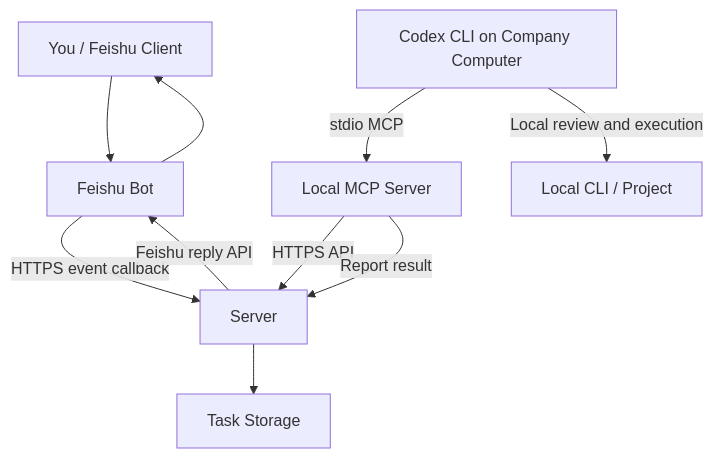
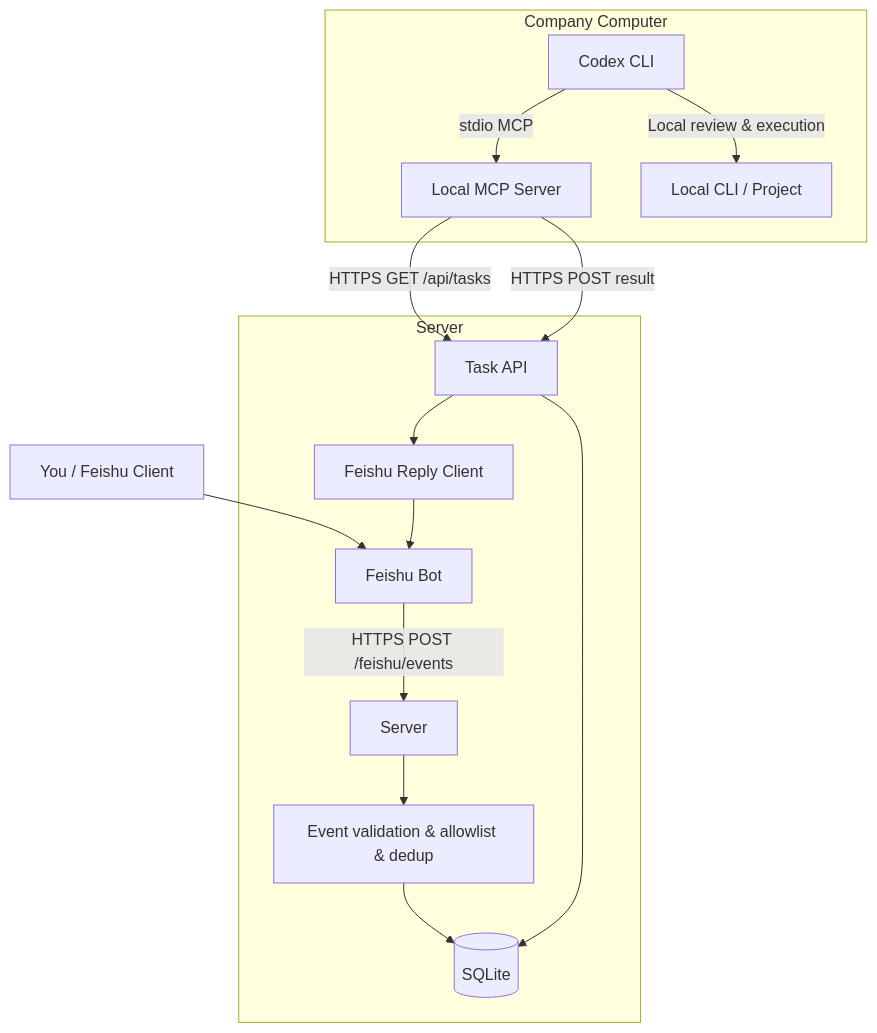
The second of 2 diagrams in README.md (Bigheadh/harness-remote), drawn with Mermaid before and after one commit. The commit also changed other lines of this file and 1 other file, not shown here.

Commit message:
docs: update README with working quick start, API reference, and deployment guide

````diff
--- a/README.md
+++ b/README.md
@@ -283,13 +425,21 @@
 ```mermaid
 flowchart TD
     U[You / Feishu Client] --> F[Feishu Bot]
-    F -->|HTTPS event callback| S[Server]
-    S --> T[Task Storage]
+    F -->|HTTPS POST /feishu/events| S[Server]
 
-    C[Codex CLI on Company Computer] -->|stdio MCP| M[Local MCP Server]
-    M -->|HTTPS API| S
-    C -->|Local review and execution| L[Local CLI / Project]
-    M -->|Report result| S
-    S -->|Feishu reply API| F
-    F --> U
+    subgraph Server[Server]
+        S --> Auth[Event validation & allowlist & dedup]
+        Auth --> Store[(SQLite)]
+        API[Task API] --> Store
+        Reply[Feishu Reply Client] --> F
+    end
+
+    subgraph CompanyPC[Company Computer]
+        C[Codex CLI] -->|stdio MCP| M[Local MCP Server]
+        C -->|Local review & execution| L[Local CLI / Project]
+    end
+
+    M -->|HTTPS GET /api/tasks| API
+    M -->|HTTPS POST result| API
+    API --> Reply
 ```
````
